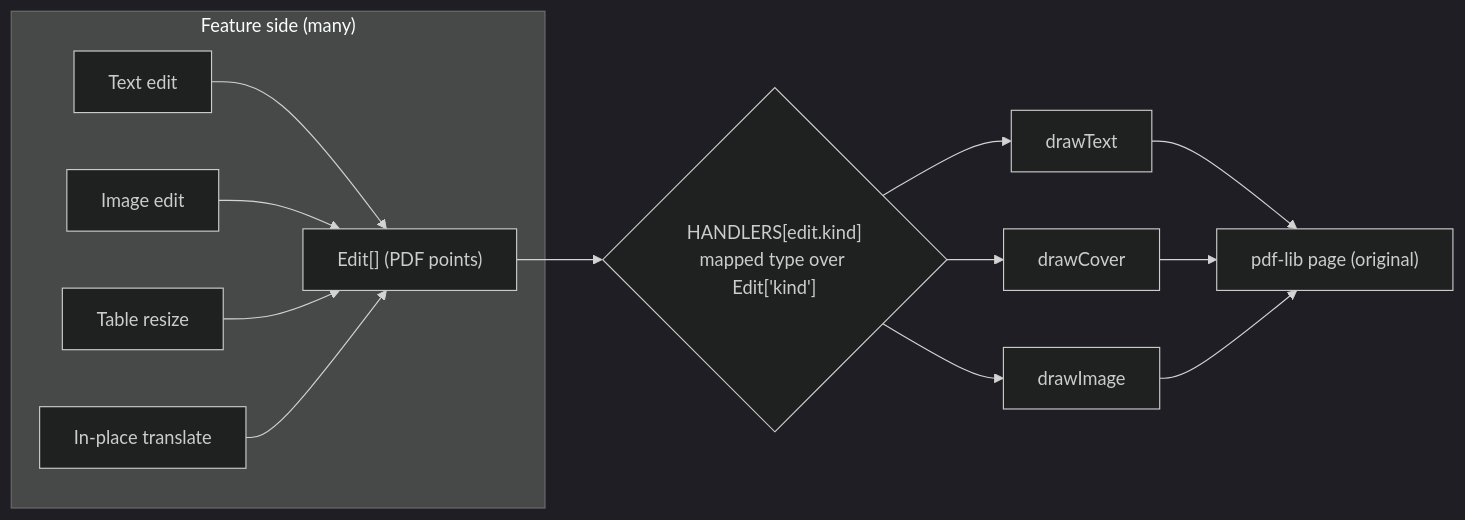
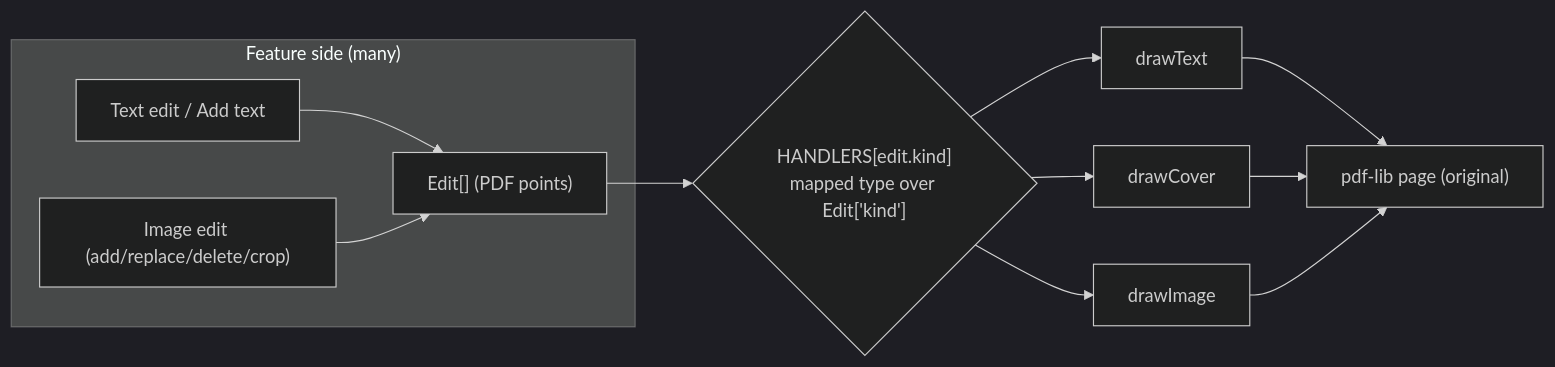
One commit to pedfstudio-lab/Pedf changed the fourth of 4 diagrams in ARCHITECTURE.md. Above: the diagram before and after it, drawn with Mermaid (dark theme). The commit also changed other lines of this file and 17 other files, not shown here.

````diff
--- a/ARCHITECTURE.md
+++ b/ARCHITECTURE.md
@@ -201,14 +203,12 @@
 ```mermaid
 flowchart LR
   subgraph Produce["Feature side (many)"]
-    T["Text edit"] --> E
-    I["Image edit"] --> E
-    TB["Table resize"] --> E
-    TL["In-place translate"] --> E
+    T["Text edit / Add text"] --> E
+    I["Image edit (add/replace/delete/crop)"] --> E
   end
   E["Edit[]  (PDF points)"] --> R{"HANDLERS[edit.kind]<br/>mapped type over Edit['kind']"}
   R --> H1["drawText"]
   R --> H2["drawCover"]
   R --> H3["drawImage"]
   H1 & H2 & H3 --> P["pdf-lib page (original)"]
 ```
````
